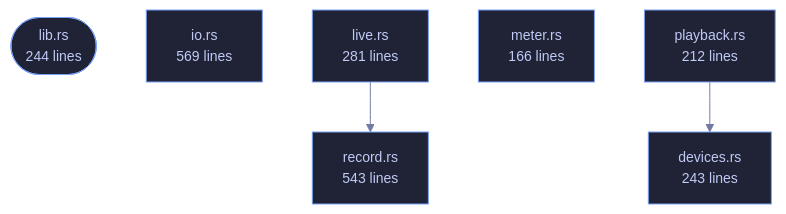
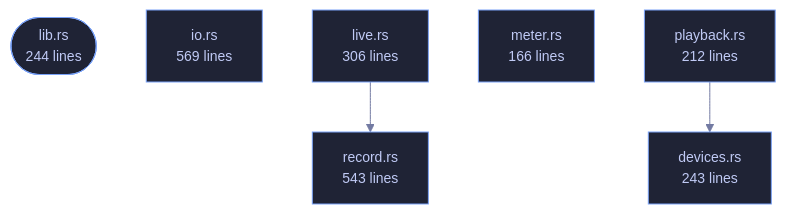
One commit to tilas01/veilvoice changed the diagram in crates/veilvoice-audio/README.md. Above: the diagram before and after it, drawn with Mermaid. The commit also changed other lines of this file and 47 other files, not shown here.

````diff
--- a/crates/veilvoice-audio/README.md
+++ b/crates/veilvoice-audio/README.md
@@ -80,20 +80,20 @@
 ```mermaid
 %%{init: {"theme":"base","themeVariables":{"background":"#1a1b26","primaryColor":"#1f2335","primaryTextColor":"#c0caf5","primaryBorderColor":"#7aa2f7","secondaryColor":"#16161e","tertiaryColor":"#16161e","lineColor":"#737aa2","textColor":"#c0caf5","mainBkg":"#1f2335","nodeBorder":"#7aa2f7","clusterBkg":"#16161e","clusterBorder":"#2f3549","fontFamily":"ui-monospace, SFMono-Regular, Consolas, monospace","fontSize":"14px"}}}%%
 flowchart TD
     n_lib(["lib.rs<br/>244 lines"])
     n_devices["devices.rs<br/>243 lines"]
     n_io["io.rs<br/>569 lines"]
-    n_live["live.rs<br/>281 lines"]
+    n_live["live.rs<br/>306 lines"]
     n_meter["meter.rs<br/>166 lines"]
     n_playback["playback.rs<br/>212 lines"]
     n_record["record.rs<br/>543 lines"]
     n_live --> n_record
     n_playback --> n_devices
     click n_lib href "https://github.com/tilas01/veilvoice/blob/main/crates/veilvoice-audio/src/lib.rs" "open the source"
     click n_devices href "https://github.com/tilas01/veilvoice/blob/main/crates/veilvoice-audio/src/devices.rs" "open the source"
     click n_io href "https://github.com/tilas01/veilvoice/blob/main/crates/veilvoice-audio/src/io.rs" "open the source"
     click n_live href "https://github.com/tilas01/veilvoice/blob/main/crates/veilvoice-audio/src/live.rs" "open the source"
     click n_meter href "https://github.com/tilas01/veilvoice/blob/main/crates/veilvoice-audio/src/meter.rs" "open the source"
     click n_playback href "https://github.com/tilas01/veilvoice/blob/main/crates/veilvoice-audio/src/playback.rs" "open the source"
     click n_record href "https://github.com/tilas01/veilvoice/blob/main/crates/veilvoice-audio/src/record.rs" "open the source"
 ```
````
